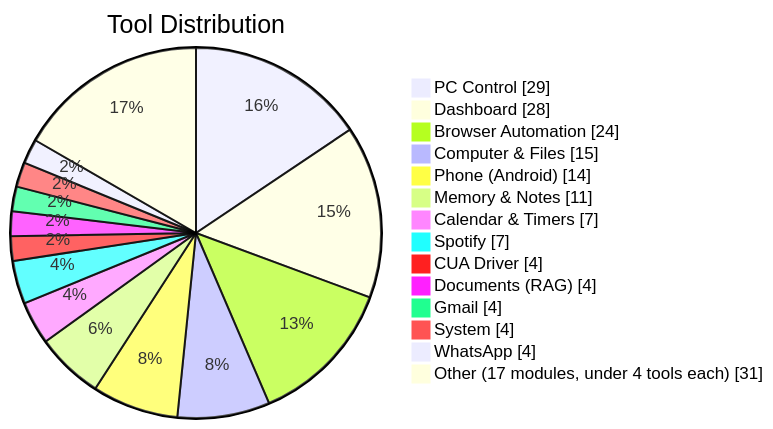
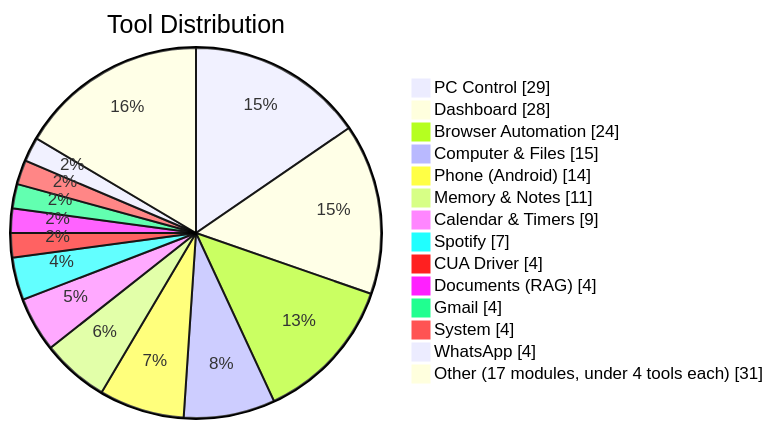
The ninth of 11 diagrams in README.md (HailLucifer666/Agent_OS), drawn with Mermaid before and after one commit. The commit also changed other lines of this file and 24 other files, not shown here.

````diff
--- a/README.md
+++ b/README.md
@@ -423,17 +423,17 @@
 ```mermaid
 pie showData title Tool Distribution
     "PC Control" : 29
     "Dashboard" : 28
     "Browser Automation" : 24
     "Computer & Files" : 15
     "Phone (Android)" : 14
     "Memory & Notes" : 11
-    "Calendar & Timers" : 7
+    "Calendar & Timers" : 9
     "Spotify" : 7
     "CUA Driver" : 4
     "Documents (RAG)" : 4
     "Gmail" : 4
     "System" : 4
     "WhatsApp" : 4
     "Other (17 modules, under 4 tools each)" : 31
 ```
````
